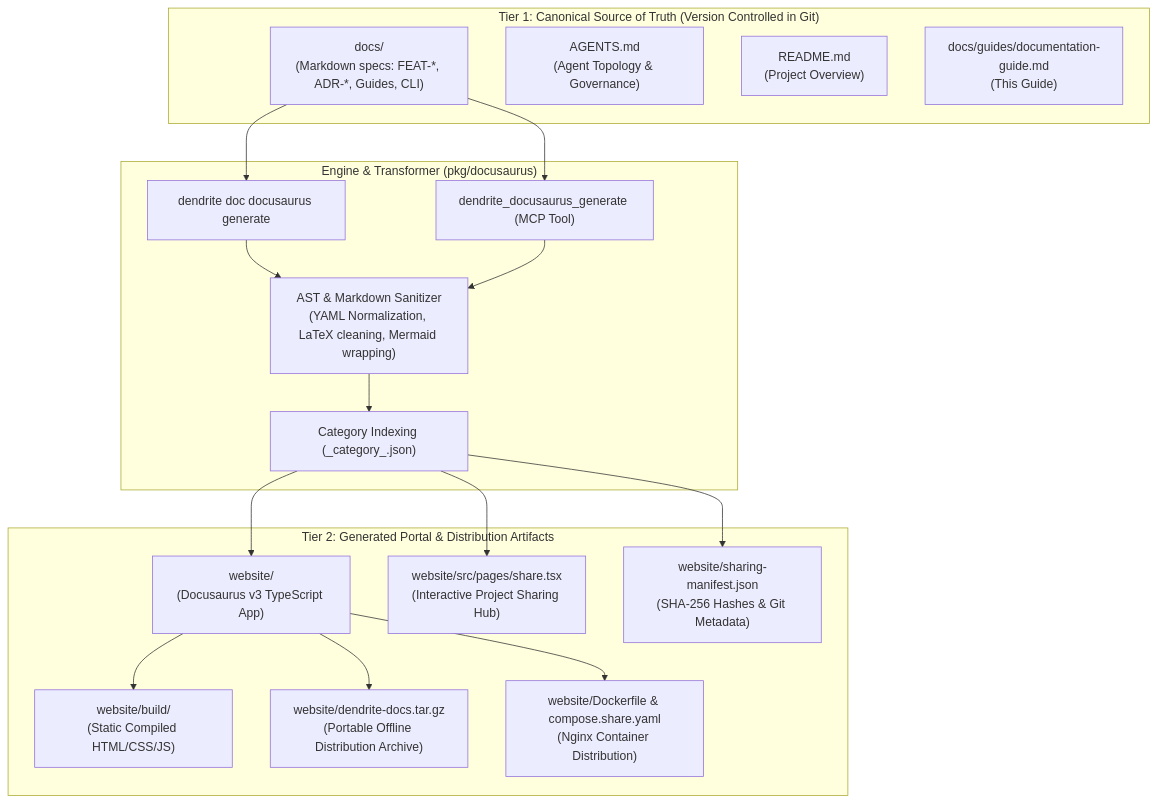
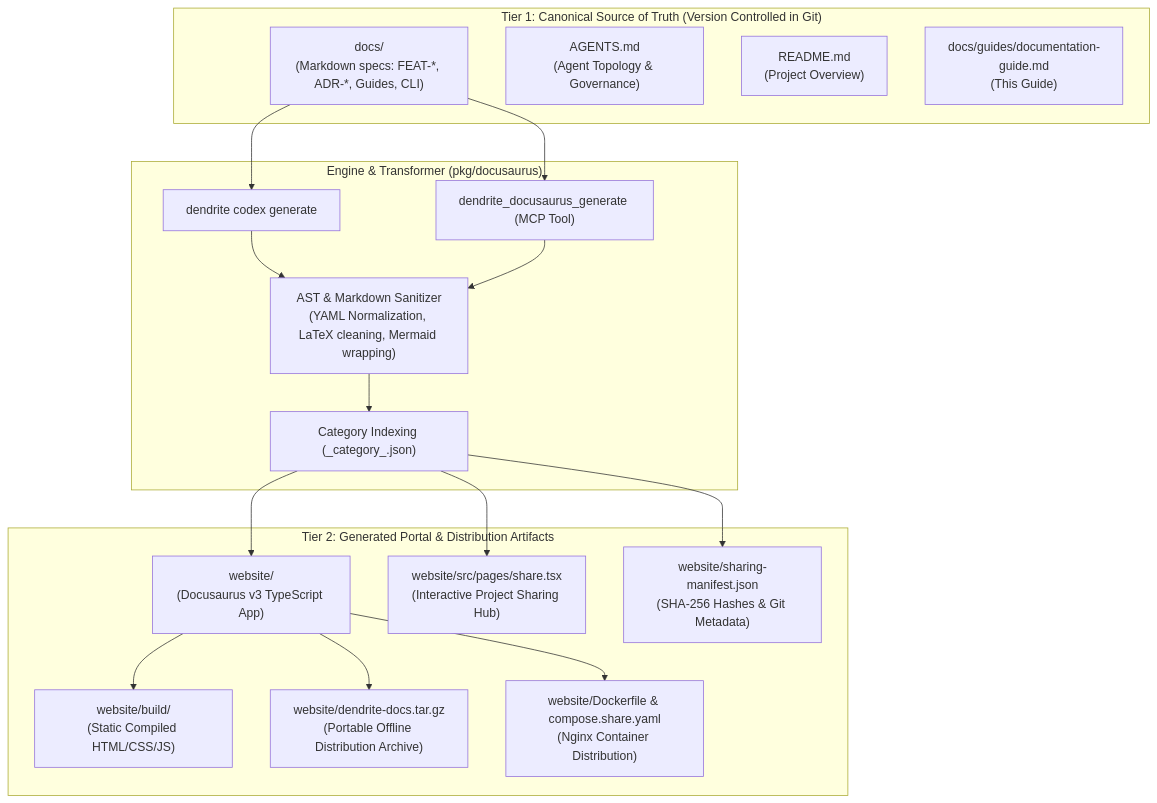
One commit to yasuomaidana/dendrite changed the first of 2 diagrams in docs/guides/documentation-guide.md. Above: the diagram before and after it, drawn with Mermaid. The commit also changed other lines of this file and 61 other files, not shown here.

````diff
--- a/docs/guides/documentation-guide.md
+++ b/docs/guides/documentation-guide.md
@@ -20,37 +20,37 @@
 ```mermaid
 flowchart TD
     subgraph Tier1 ["Tier 1: Canonical Source of Truth (Version Controlled in Git)"]
         RawDocs["docs/<br/>(Markdown specs: FEAT-*, ADR-*, Guides, CLI)"]
         AgentsSpec["AGENTS.md<br/>(Agent Topology & Governance)"]
         RootReadme["README.md<br/>(Project Overview)"]
         DocGuide["docs/guides/documentation-guide.md<br/>(This Guide)"]
     end
 
     subgraph Transformation ["Engine & Transformer (pkg/docusaurus)"]
-        DendriteCLI["dendrite doc docusaurus generate"]
+        DendriteCLI["dendrite codex generate"]
         MCPBridge["dendrite_docusaurus_generate (MCP Tool)"]
         Sanitizer["AST & Markdown Sanitizer<br/>(YAML Normalization, LaTeX cleaning, Mermaid wrapping)"]
         CategoryWriter["Category Indexing (_category_.json)"]
     end
 
     subgraph Tier2 ["Tier 2: Generated Portal & Distribution Artifacts"]
         WebSite["website/<br/>(Docusaurus v3 TypeScript App)"]
         ShareHub["website/src/pages/share.tsx<br/>(Interactive Project Sharing Hub)"]
         Manifest["website/sharing-manifest.json<br/>(SHA-256 Hashes & Git Metadata)"]
         BuildOut["website/build/<br/>(Static Compiled HTML/CSS/JS)"]
         Tarball["website/dendrite-docs.tar.gz<br/>(Portable Offline Distribution Archive)"]
         DockerPack["website/Dockerfile & compose.share.yaml<br/>(Nginx Container Distribution)"]
     end
 
     RawDocs --> DendriteCLI
     RawDocs --> MCPBridge
     DendriteCLI --> Sanitizer
     MCPBridge --> Sanitizer
     Sanitizer --> CategoryWriter
     CategoryWriter --> WebSite
     CategoryWriter --> ShareHub
     CategoryWriter --> Manifest
     WebSite --> BuildOut
     WebSite --> Tarball
     WebSite --> DockerPack
 ```
````
